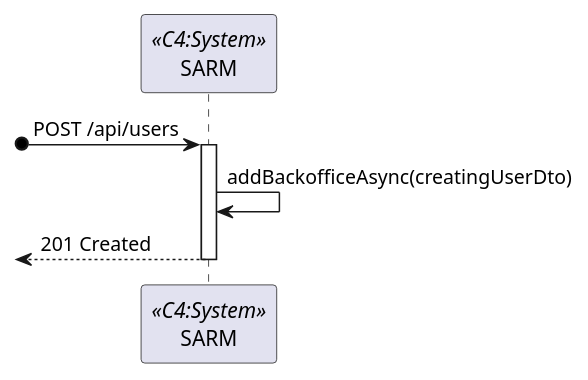
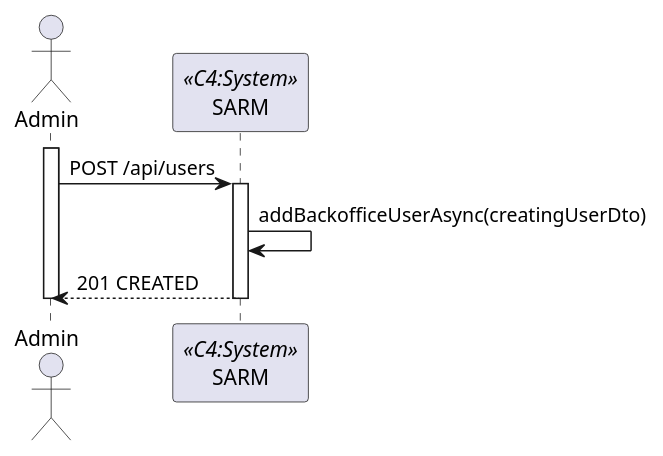
One commit to 1220846/sem5pi-24-25-3ddg20 changed the diagram in docs/sprint-a/us-5.1.1/views/level2/process-view.puml. Above: the diagram before and after it, drawn with PlantUML. The commit also changed 8 other files, not shown here.

```diff
--- a/docs/sprint-a/us-5.1.1/views/level2/process-view.puml
+++ b/docs/sprint-a/us-5.1.1/views/level2/process-view.puml
@@ -1,12 +1,15 @@
-@startuml ssdlevel2
+@startuml process-view
 
+actor "Admin" as Admin
 participant SYS as "SARM" <<C4:System>>
 
-?o->SYS:POST /api/users
+activate Admin
+Admin->SYS:POST /api/users
 activate SYS
 
-    SYS->SYS:addBackofficeAsync(creatingUserDto)
+    SYS->SYS:addBackofficeUserAsync(creatingUserDto)
 
-    <--SYS:201 Created
+    Admin<--SYS:201 CREATED
 deactivate SYS
+deactivate Admin
 @enduml
```
